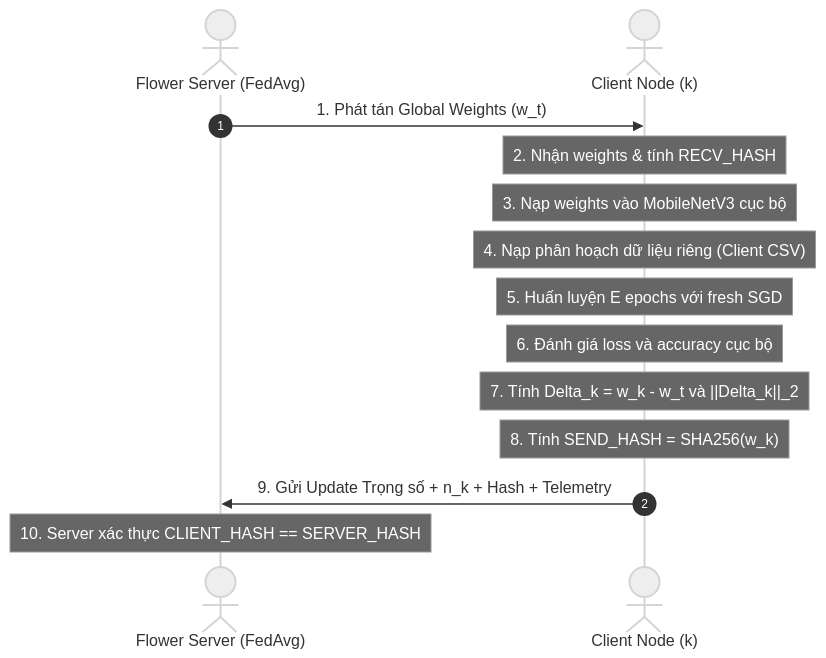
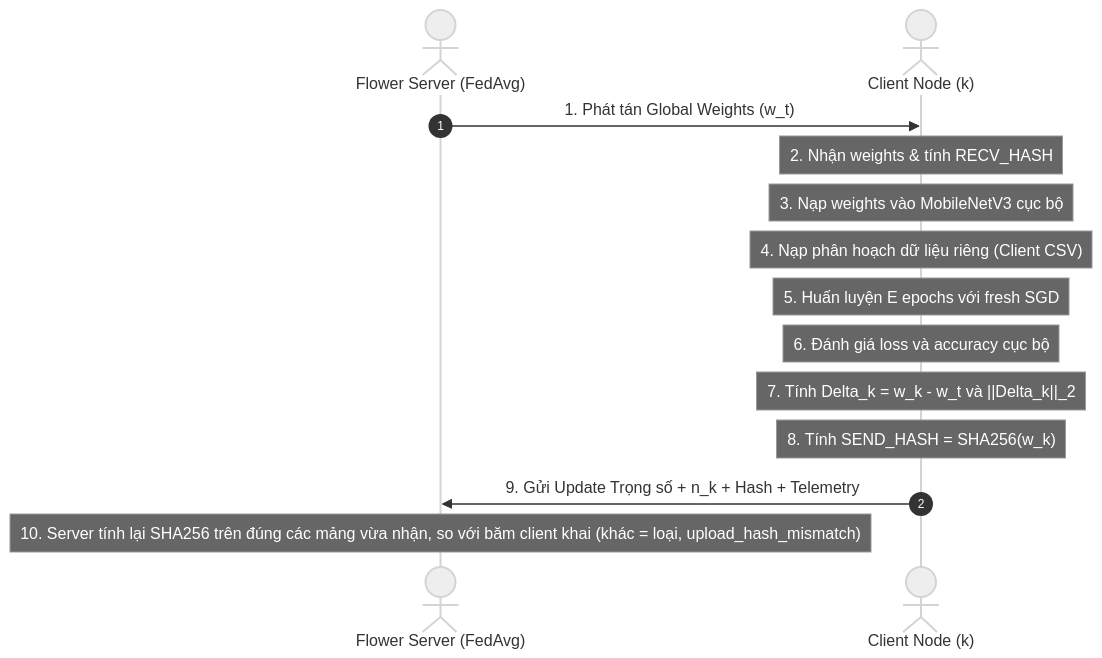
Before and after one commit to khanh51024/Federated-Learning-DoAn-TotNghiep: the third of 5 diagrams in docs/ARCHITECTURE.md, drawn with Mermaid (neutral theme). The commit also changed other lines of this file and 31 other files, not shown here.

````diff
--- a/docs/ARCHITECTURE.md
+++ b/docs/ARCHITECTURE.md
@@ -64,17 +64,17 @@
 ```mermaid
 sequenceDiagram
     autonumber
     actor Server as Flower Server (FedAvg)
     actor Client as Client Node (k)
 
     Server->>Client: 1. Phát tán Global Weights (w_t)
     Note over Client: 2. Nhận weights & tính RECV_HASH
     Note over Client: 3. Nạp weights vào MobileNetV3 cục bộ
     Note over Client: 4. Nạp phân hoạch dữ liệu riêng (Client CSV)
     Note over Client: 5. Huấn luyện E epochs với fresh SGD
     Note over Client: 6. Đánh giá loss và accuracy cục bộ
     Note over Client: 7. Tính Delta_k = w_k - w_t và ||Delta_k||_2
     Note over Client: 8. Tính SEND_HASH = SHA256(w_k)
     Client->>Server: 9. Gửi Update Trọng số + n_k + Hash + Telemetry
-    Note over Server: 10. Server xác thực CLIENT_HASH == SERVER_HASH
+    Note over Server: 10. Server tính lại SHA256 trên đúng các mảng vừa nhận, so với băm client khai (khác = loại, upload_hash_mismatch)
 ```
````
